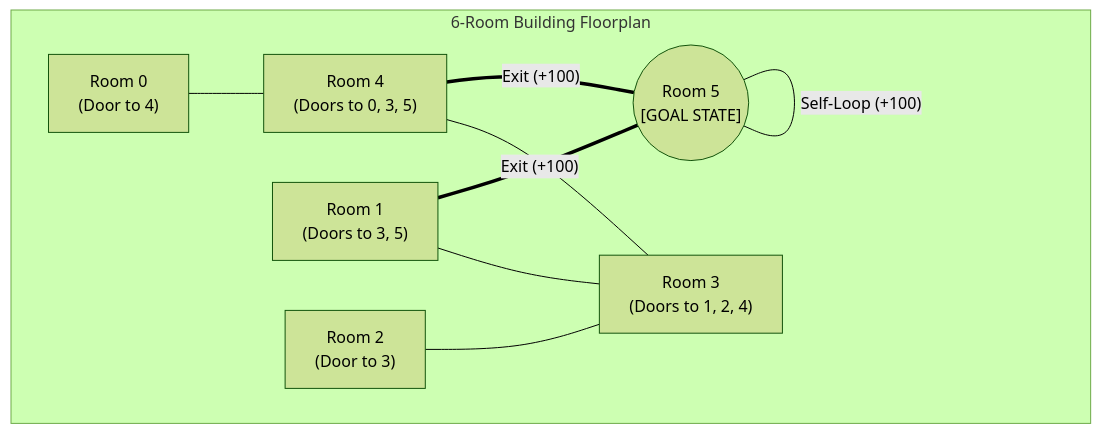
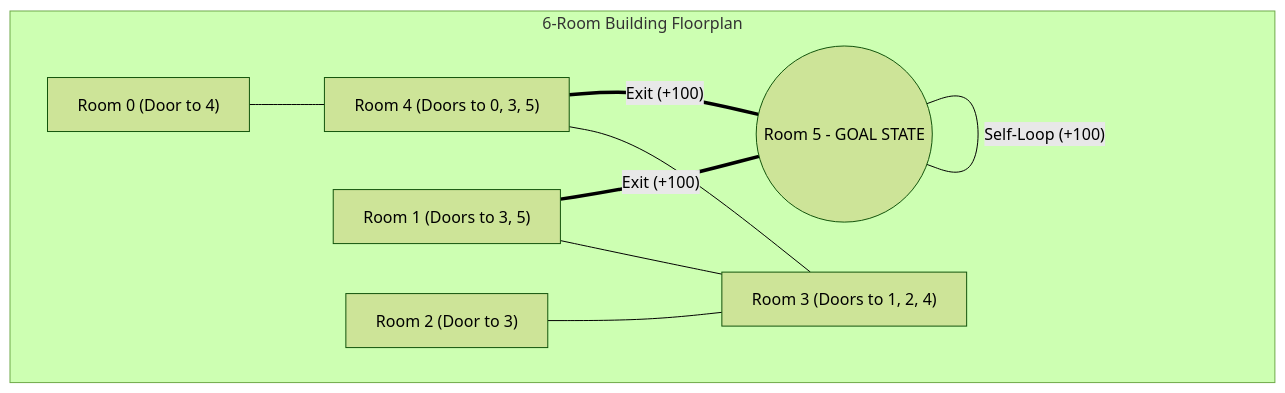
One commit to DeepLumiere/DeepSkills changed the eighth of 14 diagrams in notes/machine_learning/ssl_rl_and_intro_to_deep_learning.md. Above: the diagram before and after it, drawn with Mermaid (forest theme). The commit also changed other lines of this file and 56 other files, not shown here.

````diff
--- a/notes/machine_learning/ssl_rl_and_intro_to_deep_learning.md
+++ b/notes/machine_learning/ssl_rl_and_intro_to_deep_learning.md
@@ -608,12 +608,12 @@
 ```mermaid
 graph TD
-    subgraph 6-Room Building Floorplan
-        R0["Room 0<br/>(Door to 4)"] --- R4["Room 4<br/>(Doors to 0, 3, 5)"]
-        R1["Room 1<br/>(Doors to 3, 5)"] --- R3["Room 3<br/>(Doors to 1, 2, 4)"]
-        R2["Room 2<br/>(Door to 3)"] --- R3
+    subgraph Floorplan ["6-Room Building Floorplan"]
+        R0["Room 0 (Door to 4)"] --- R4["Room 4 (Doors to 0, 3, 5)"]
+        R1["Room 1 (Doors to 3, 5)"] --- R3["Room 3 (Doors to 1, 2, 4)"]
+        R2["Room 2 (Door to 3)"] --- R3
         R4 --- R3
-        R1 ===|"Exit (+100)"| R5(("Room 5<br/>[GOAL STATE]"))
+        R1 ===|"Exit (+100)"| R5(("Room 5 - GOAL STATE"))
         R4 ===|"Exit (+100)"| R5
         R5 ---|"Self-Loop (+100)"| R5
     end
 ```
````
